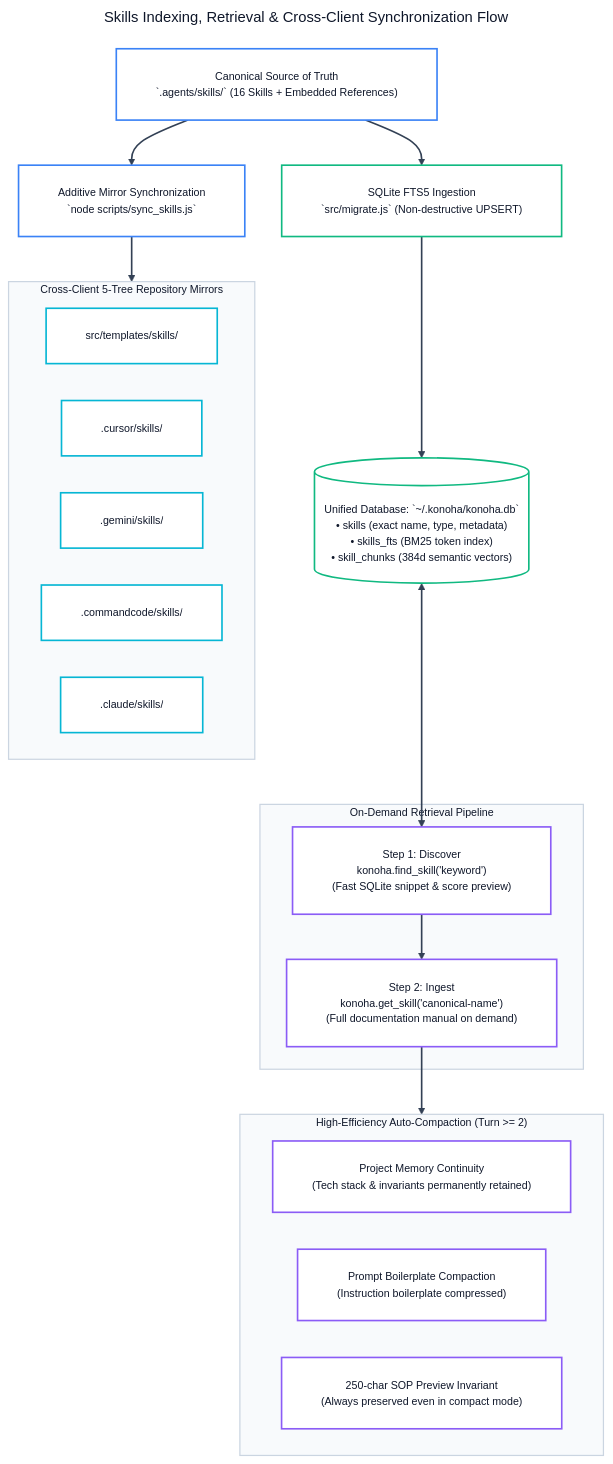
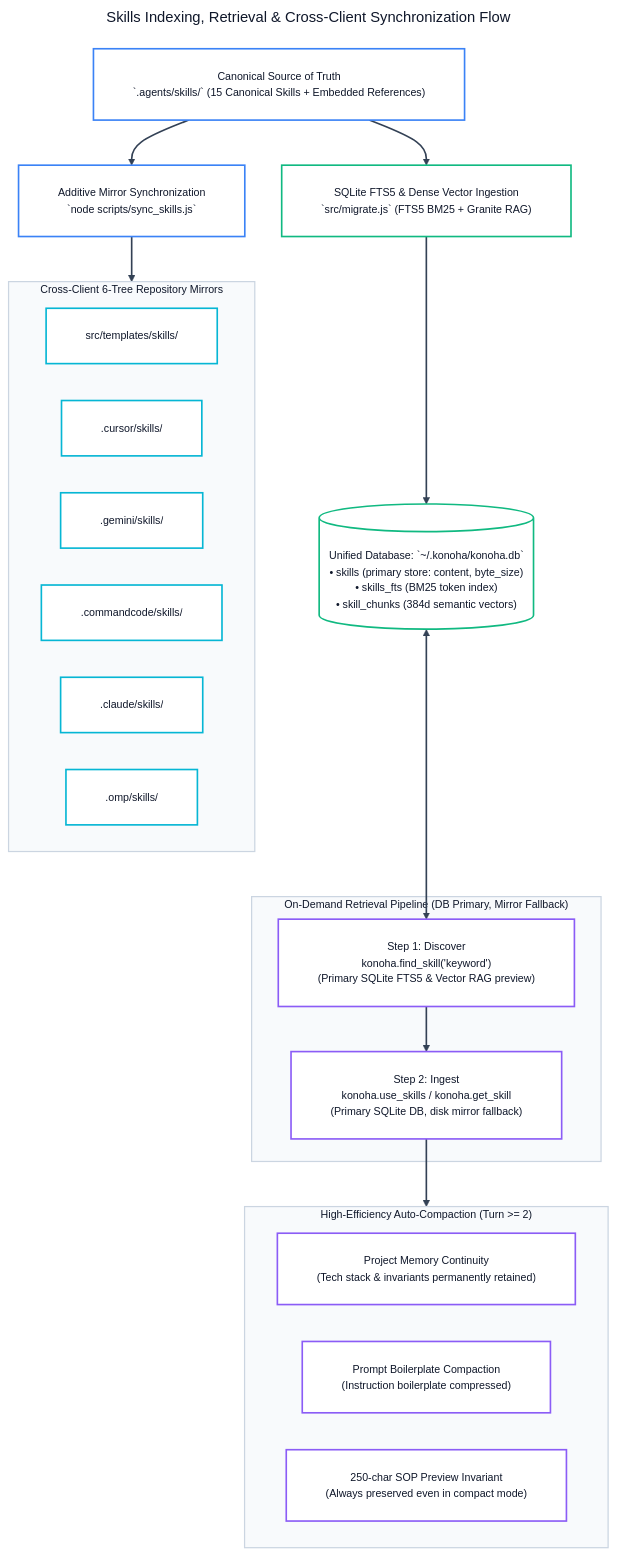
One commit to andycungkrinx91/konoha changed the eighth of 14 diagrams in docs/ALL-WORKFLOW-DIAGRAMS.md. Above: the diagram before and after it, drawn with Mermaid. The commit also changed 17 other files, not shown here.

First line of the commit message:
fix(cli): resolve timeout NaN in migration, enforce FTS5/RAG skill authority and fallback

````diff
--- a/docs/ALL-WORKFLOW-DIAGRAMS.md
+++ b/docs/ALL-WORKFLOW-DIAGRAMS.md
@@ -483,71 +483,72 @@
 ```mermaid
 ---
 title: Skills Indexing, Retrieval & Cross-Client Synchronization Flow
 config:
   theme: base
   themeVariables:
     darkMode: false
     background: '#ffffff'
     mainBkg: '#ffffff'
     primaryColor: '#ffffff'
     primaryTextColor: '#0f172a'
     primaryBorderColor: '#8b5cf6'
     lineColor: '#334155'
     arrowheadColor: '#334155'
     secondaryColor: '#f8fafc'
     tertiaryColor: '#ffffff'
     fontFamily: 'Inter, system-ui, -apple-system, sans-serif'
     fontSize: '13px'
   flowchart:
     nodeSpacing: 45
     rankSpacing: 55
     padding: 24
     wrappingWidth: 380
 ---
 flowchart TB
-    SourceTree["Canonical Source of Truth<br/>`.agents/skills/` (16 Skills + Embedded References)"] --> SyncScript["Additive Mirror Synchronization<br/>`node scripts/sync_skills.js`"]
+    SourceTree["Canonical Source of Truth<br/>`.agents/skills/` (15 Canonical Skills + Embedded References)"] --> SyncScript["Additive Mirror Synchronization<br/>`node scripts/sync_skills.js`"]
 
-    subgraph MirrorTrees ["Cross-Client 5-Tree Repository Mirrors"]
+    subgraph MirrorTrees ["Cross-Client 6-Tree Repository Mirrors"]
         M1["src/templates/skills/"]
         M2[".cursor/skills/"]
         M3[".gemini/skills/"]
         M4[".commandcode/skills/"]
         M5[".claude/skills/"]
+        M6[".omp/skills/"]
     end
 
     SyncScript --> MirrorTrees
 
-    SourceTree --> FTS5Migrate["SQLite FTS5 Ingestion<br/>`src/migrate.js` (Non-destructive UPSERT)"]
-    FTS5Migrate --> SQLiteDB[("Unified Database: `~/.konoha/konoha.db`<br/>• skills (exact name, type, metadata)<br/>• skills_fts (BM25 token index)<br/>• skill_chunks (384d semantic vectors)")]
+    SourceTree --> FTS5Migrate["SQLite FTS5 & Dense Vector Ingestion<br/>`src/migrate.js` (FTS5 BM25 + Granite RAG)"]
+    FTS5Migrate --> SQLiteDB[("Unified Database: `~/.konoha/konoha.db`<br/>• skills (primary store: content, byte_size)<br/>• skills_fts (BM25 token index)<br/>• skill_chunks (384d semantic vectors)")]
 
-    subgraph ClientQueries ["On-Demand Retrieval Pipeline"]
-        Find["Step 1: Discover<br/>konoha.find_skill('keyword')<br/>(Fast SQLite snippet &amp; score preview)"]
-        Load["Step 2: Ingest<br/>konoha.get_skill('canonical-name')<br/>(Full documentation manual on demand)"]
+    subgraph ClientQueries ["On-Demand Retrieval Pipeline (DB Primary, Mirror Fallback)"]
+        Find["Step 1: Discover<br/>konoha.find_skill('keyword')<br/>(Primary SQLite FTS5 &amp; Vector RAG preview)"]
+        Load["Step 2: Ingest<br/>konoha.use_skills / konoha.get_skill<br/>(Primary SQLite DB, disk mirror fallback)"]
     end
 
     SQLiteDB <--> Find
     Find --> Load
 
     subgraph AutoCompaction ["High-Efficiency Auto-Compaction (Turn >= 2)"]
         AC1["Project Memory Continuity<br/>(Tech stack &amp; invariants permanently retained)"]
         AC2["Prompt Boilerplate Compaction<br/>(Instruction boilerplate compressed)"]
         AC3["250-char SOP Preview Invariant<br/>(Always preserved even in compact mode)"]
     end
 
     Load --> AutoCompaction
 
     linkStyle default stroke:#334155,stroke-width:2px;
     style MirrorTrees fill:#f8fafc,stroke:#cbd5e1,stroke-width:1.5px,color:#0f172a;
     style ClientQueries fill:#f8fafc,stroke:#cbd5e1,stroke-width:1.5px,color:#0f172a;
     style AutoCompaction fill:#f8fafc,stroke:#cbd5e1,stroke-width:1.5px,color:#0f172a;
 
     classDef sourceNode fill:#ffffff,stroke:#3b82f6,color:#0f172a,stroke-width:2px;
     classDef mirrorNode fill:#ffffff,stroke:#06b6d4,color:#0f172a,stroke-width:2px;
     classDef dbNode fill:#ffffff,stroke:#10b981,color:#0f172a,stroke-width:2px;
     classDef queryNode fill:#ffffff,stroke:#8b5cf6,color:#0f172a,stroke-width:2px;
 
     class SourceTree,SyncScript sourceNode;
-    class M1,M2,M3,M4,M5 mirrorNode;
+    class M1,M2,M3,M4,M5,M6 mirrorNode;
     class FTS5Migrate,SQLiteDB dbNode;
     class Find,Load,AC1,AC2,AC3 queryNode;
 ```
````
